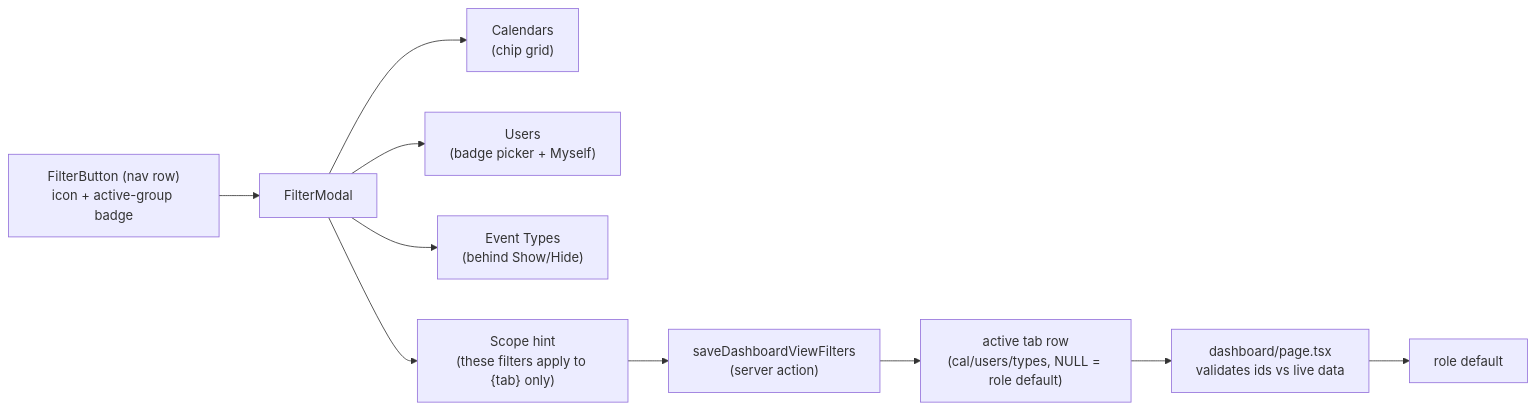
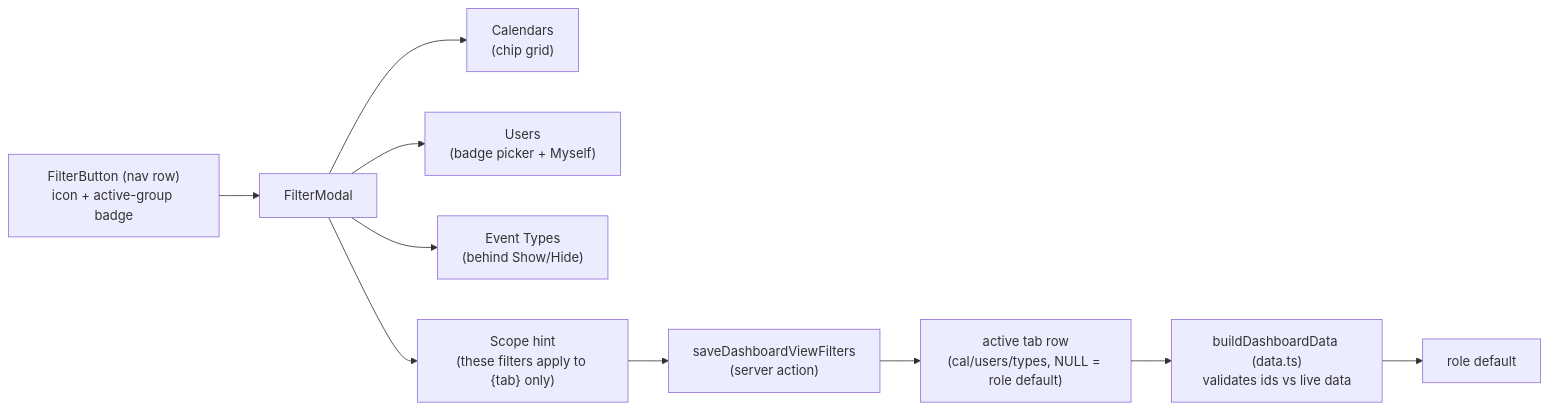
One commit to oncloudnintynineone-source/cloudy2 changed the first of 7 diagrams in docs/dashboard-views.md. Above: the diagram before and after it, drawn with Mermaid. The commit also changed other lines of this file and 22 other files, not shown here.

Commit message:
docs: sync mermaid diagrams with current code, fix diagram syntax errors

````diff
--- a/docs/dashboard-views.md
+++ b/docs/dashboard-views.md
@@ -207,12 +207,12 @@
 ```mermaid
 flowchart LR
  FB["FilterButton (nav row)<br/>icon + active-group badge"] --> FM["FilterModal"]
  FM --> CAL["Calendars<br/>(chip grid)"]
  FM --> US["Users<br/>(badge picker + Myself)"]
  FM --> ET["Event Types<br/>(behind Show/Hide)"]
  FM --> HINT["Scope hint<br/>(these filters apply to {tab} only)"]
  HINT --> APPLY["saveDashboardViewFilters<br/>(server action)"]
  APPLY --> ROW["active tab row<br/>(cal/users/types, NULL = role default)"]
- ROW --> RESOLVE["dashboard/page.tsx<br/>validates ids vs live data"]
+ ROW --> RESOLVE["buildDashboardData (data.ts)<br/>validates ids vs live data"]
  RESOLVE --> DEF["role default"]
 ```
````
